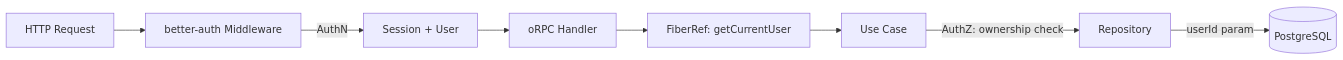
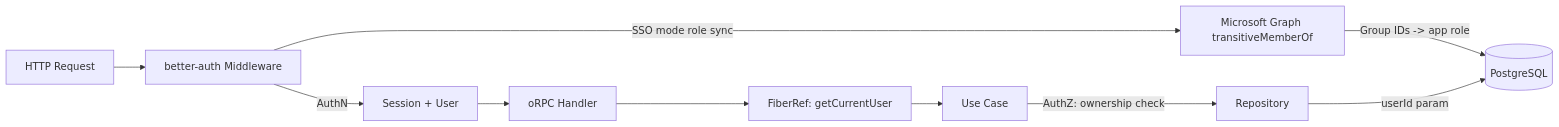
Before and after one commit to brandonbryant12/content-studio: the diagram in docs/architecture/access-control.md, drawn with Mermaid. The commit also changed other lines of this file and 74 other files, not shown here.

````diff
--- a/docs/architecture/access-control.md
+++ b/docs/architecture/access-control.md
@@ -3,10 +3,12 @@
 ```mermaid
 graph LR
   Request[HTTP Request] --> Middleware[better-auth Middleware]
   Middleware -->|AuthN| Session[Session + User]
+  Middleware -->|SSO mode role sync| Graph[Microsoft Graph transitiveMemberOf]
+  Graph -->|Group IDs -> app role| DB[(PostgreSQL)]
   Session --> Handler[oRPC Handler]
   Handler --> FiberRef[FiberRef: getCurrentUser]
   FiberRef --> UseCase[Use Case]
   UseCase -->|AuthZ: ownership check| Repo[Repository]
   Repo -->|userId param| DB[(PostgreSQL)]
 ```
````
